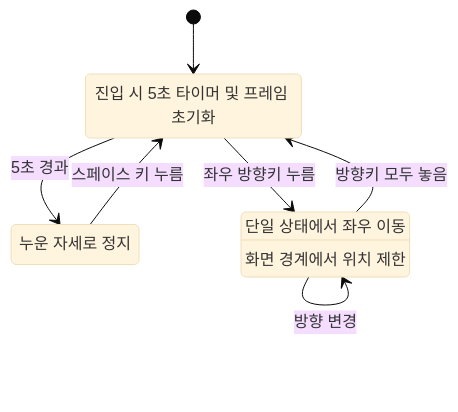
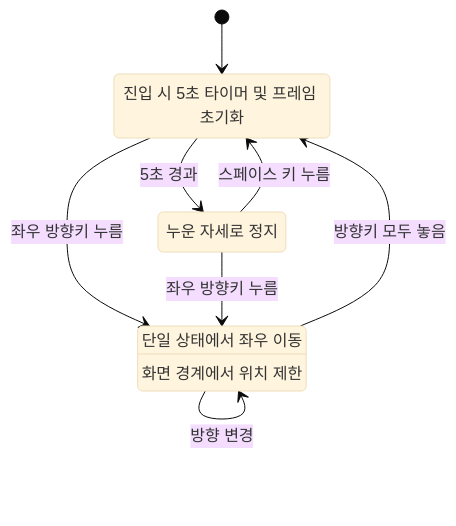
The diagram in state_diagram.md (GHL326/Drill11), drawn with Mermaid (base theme) before and after one commit. The commit also changed other lines of this file, not shown here.

Commit message:
다이어그램: SLEEP에서 RUN으로 직접 전환 추가

````diff
--- a/state_diagram.md
+++ b/state_diagram.md
@@ -3,13 +3,14 @@
 ```mermaid
 stateDiagram-v2
     [*] --> IDLE
     IDLE: 진입 시 5초 타이머 및 프레임 초기화
     SLEEP: 누운 자세로 정지
     IDLE --> SLEEP: 5초 경과
     SLEEP --> IDLE: 스페이스 키 누름
     RUN: 단일 상태에서 좌우 이동
     RUN: 화면 경계에서 위치 제한
     IDLE --> RUN: 좌우 방향키 누름
     RUN --> RUN: 방향 변경
     RUN --> IDLE: 방향키 모두 놓음
+    SLEEP --> RUN: 좌우 방향키 누름
 ```
````
